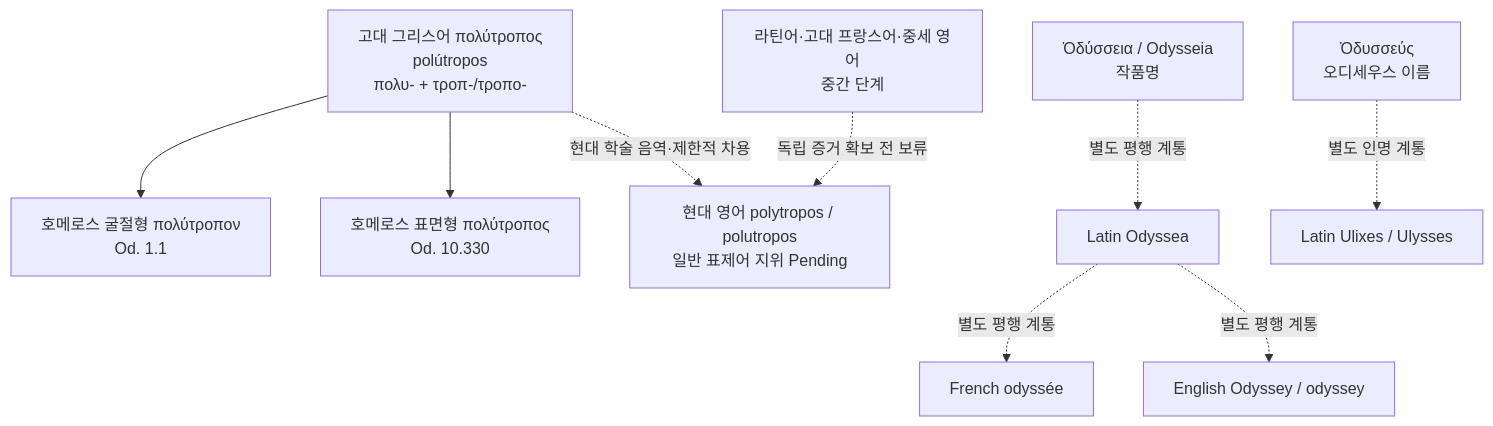
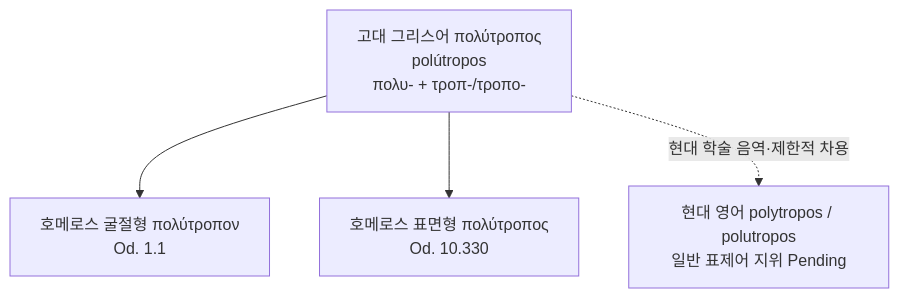
The diagram in words/word-polytropos.md (YgHnSIM/Homer_wiki), drawn with Mermaid before and after one commit. The commit also changed other lines of this file and 1 other file, not shown here.

Commit message:
refactor(words): 폴리트로포스 어원 도식 정리

````diff
--- a/words/word-polytropos.md
+++ b/words/word-polytropos.md
@@ -37,11 +37,6 @@
 ```mermaid
 graph TD
     GRK["고대 그리스어 πολύτροπος<br/>polútropos<br/>πολυ- + τροπ-/τροπο-"] --> H1["호메로스 굴절형 πολύτροπον<br/>Od. 1.1"]
     GRK --> H2["호메로스 표면형 πολύτροπος<br/>Od. 10.330"]
     GRK -. "현대 학술 음역·제한적 차용" .-> ENG["현대 영어 polytropos / polutropos<br/>일반 표제어 지위 Pending"]
-    MID["라틴어·고대 프랑스어·중세 영어<br/>중간 단계"] -. "독립 증거 확보 전 보류" .-> ENG
-    ODY["Ὀδύσσεια / Odysseia<br/>작품명"] -. "별도 평행 계통" .-> LAT["Latin Odyssea"]
-    LAT -. "별도 평행 계통" .-> FR["French odyssée"]
-    LAT -. "별도 평행 계통" .-> ODYENG["English Odyssey / odyssey"]
-    NAME["Ὀδυσσεύς<br/>오디세우스 이름"] -. "별도 인명 계통" .-> ULI["Latin Ulixes / Ulysses"]
 ```
````
